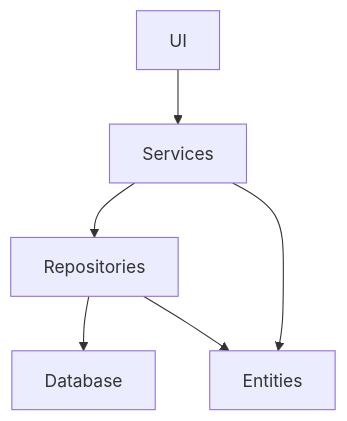
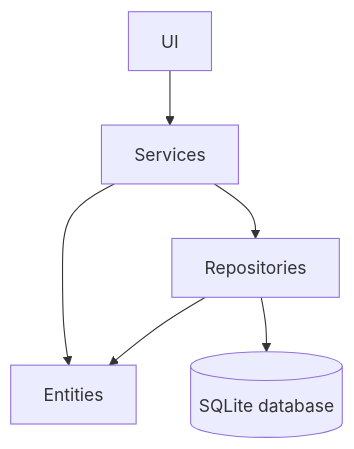
One commit to matiashei/ot-harjoitustyo changed the first of 2 diagrams in dokumentaatio/arkkitehtuuri.md. Above: the diagram before and after it, drawn with Mermaid. The commit also changed other lines of this file, not shown here.

First line of the commit message:
Revise architecture documentation and add details

````diff
--- a/dokumentaatio/arkkitehtuuri.md
+++ b/dokumentaatio/arkkitehtuuri.md
@@ -3,9 +7,14 @@
 ```mermaid
 flowchart TD
+    UI[UI]
+    S[Services]
+    R[Repositories]
+    E[Entities]
+    D[(SQLite database)]
 
-A[UI] --> B[Services]
-B --> C[Repositories]
-C --> E[Database]
-C --> D[Entities]
-B --> D
+    UI --> S
+    S --> R
+    S --> E
+    R --> E
+    R --> D
 ```
````
